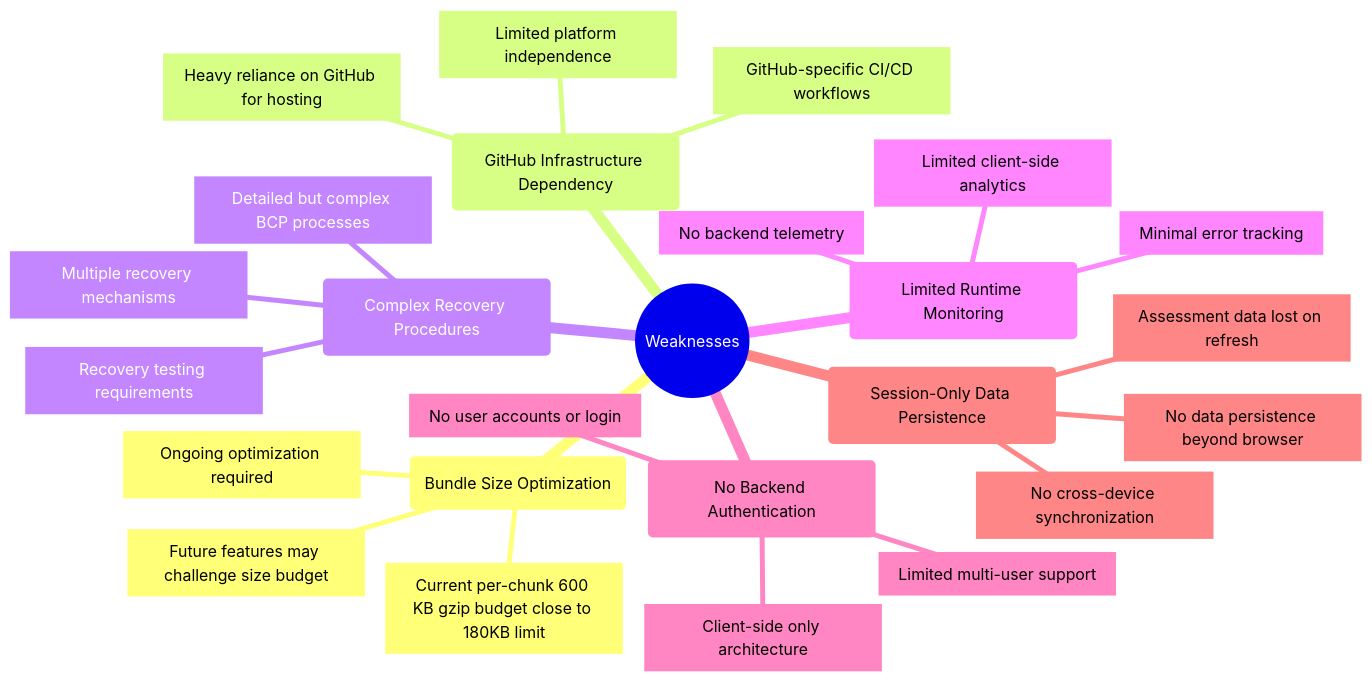
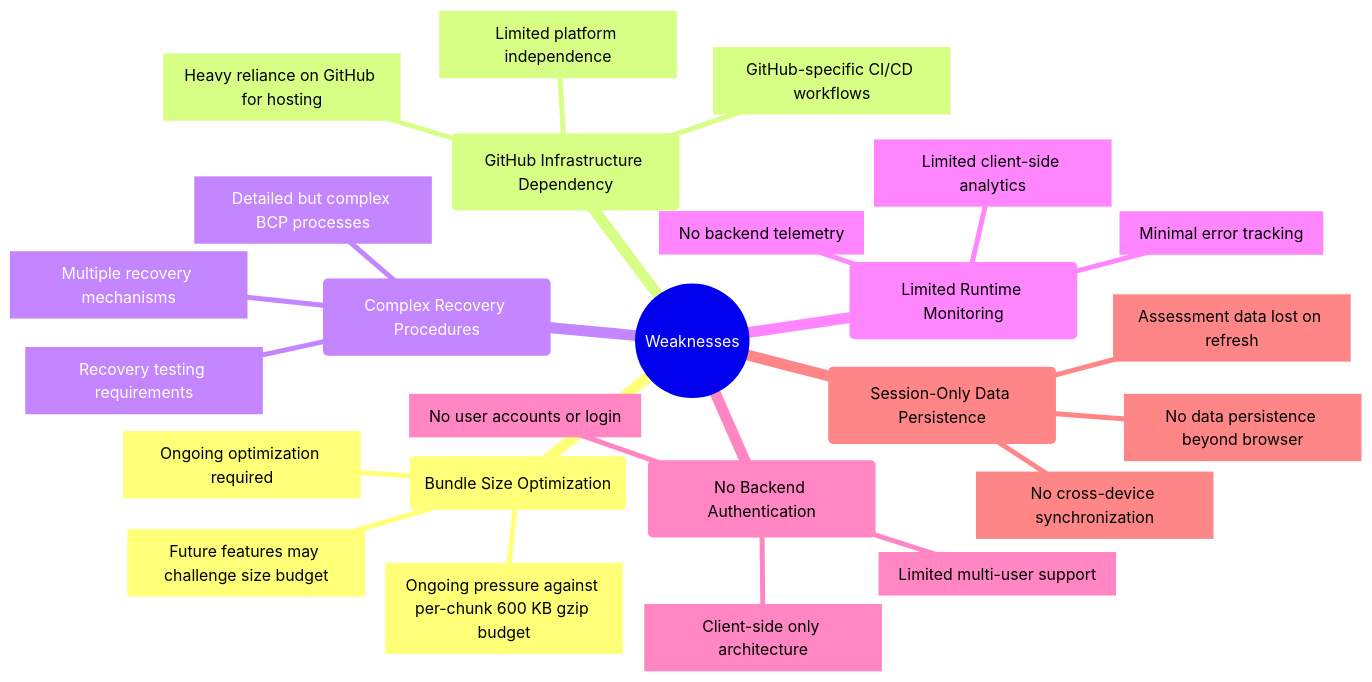
Before and after one commit to Hack23/cia-compliance-manager: the fourth of 7 diagrams in docs/architecture/SWOT.md, drawn with Mermaid. The commit also changed other lines of this file and 6 other files, not shown here.

````diff
--- a/docs/architecture/SWOT.md
+++ b/docs/architecture/SWOT.md
@@ -230,28 +230,28 @@
 ```mermaid
 mindmap
   root((Weaknesses))
     id1(Bundle Size Optimization)
-      id1.1[Current per-chunk 600 KB gzip budget close to 180KB limit]
+      id1.1[Ongoing pressure against per-chunk 600 KB gzip budget]
       id1.2[Future features may challenge size budget]
       id1.3[Ongoing optimization required]
     id2(GitHub Infrastructure Dependency)
       id2.1[Heavy reliance on GitHub for hosting]
       id2.2[GitHub-specific CI/CD workflows]
       id2.3[Limited platform independence]
     id3(Complex Recovery Procedures)
       id3.1[Detailed but complex BCP processes]
       id3.2[Multiple recovery mechanisms]
       id3.3[Recovery testing requirements]
     id4(Limited Runtime Monitoring)
       id4.1[No backend telemetry]
       id4.2[Limited client-side analytics]
       id4.3[Minimal error tracking]
     id5(No Backend Authentication)
       id5.1[Client-side only architecture]
       id5.2[No user accounts or login]
       id5.3[Limited multi-user support]
     id6(Session-Only Data Persistence)
       id6.1[No data persistence beyond browser]
       id6.2[Assessment data lost on refresh]
       id6.3[No cross-device synchronization]
 ```
````
